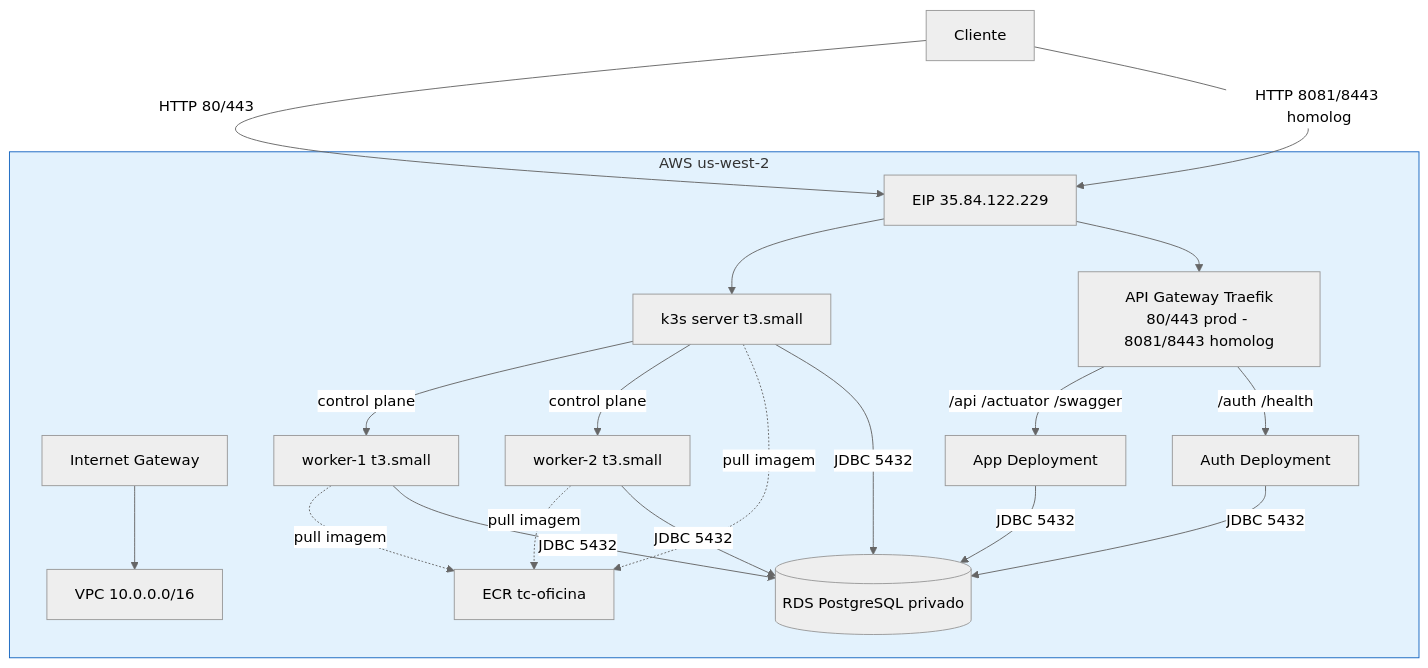
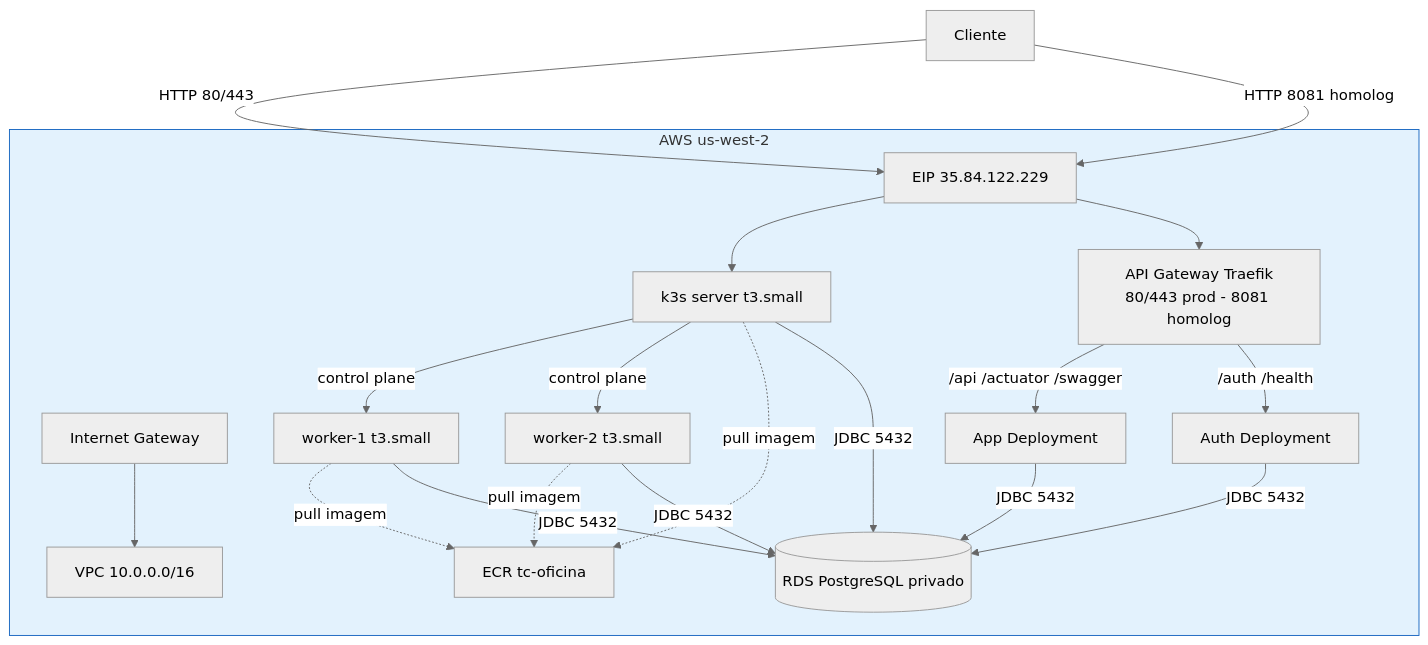
One commit to rtmaraujo/tc-oficina-infra-k8s changed the diagram in README.md. Above: the diagram before and after it, drawn with Mermaid (neutral theme). The commit also changed other lines of this file and 2 other files, not shown here.

Commit message:
fix(gateway): remove entrypoint web-homolog-secure (8443)
O chart Traefik do k3s ja usa containerPort 8443 no websecure; adicionar
outro entrypoint na mesma porta causava falha no helm install
(duplicate entries for key [containerPort=8443]). Homolog usa apenas HTTP
em 8081. Remove o ingress 8443 do SG e atualiza docs.

````diff
--- a/README.md
+++ b/README.md
@@ -84,36 +84,36 @@
 ```mermaid
 flowchart TB
   subgraph AWS[AWS us-west-2]
     VPC[VPC 10.0.0.0/16]
     IGW[Internet Gateway]
     EIP[EIP 35.84.122.229]
     SRV[k3s server t3.small]
     W1[worker-1 t3.small]
     W2[worker-2 t3.small]
     ECR[ECR tc-oficina]
     RDS[(RDS PostgreSQL privado)]
-    TRAEFIK[API Gateway Traefik<br/>80/443 prod - 8081/8443 homolog]
+    TRAEFIK[API Gateway Traefik<br/>80/443 prod - 8081 homolog]
     APP[App Deployment]
     AUTH[Auth Deployment]
   end
 
   IGW --> VPC
   SRV -->|control plane| W1
   SRV -->|control plane| W2
   EIP --> SRV
   SRV -.pull imagem.-> ECR
   W1 -.pull imagem.-> ECR
   W2 -.pull imagem.-> ECR
   CLIENTE[Cliente] -->|HTTP 80/443| EIP
-  CLIENTE -->|HTTP 8081/8443 homolog| EIP
+  CLIENTE -->|HTTP 8081 homolog| EIP
   EIP --> TRAEFIK
   TRAEFIK -->|/api /actuator /swagger| APP
   TRAEFIK -->|/auth /health| AUTH
   APP -->|JDBC 5432| RDS
   AUTH -->|JDBC 5432| RDS
   SRV -->|JDBC 5432| RDS
   W1 -->|JDBC 5432| RDS
   W2 -->|JDBC 5432| RDS
 
   style AWS fill:#e3f2fd,stroke:#1565c0
 ```
````
